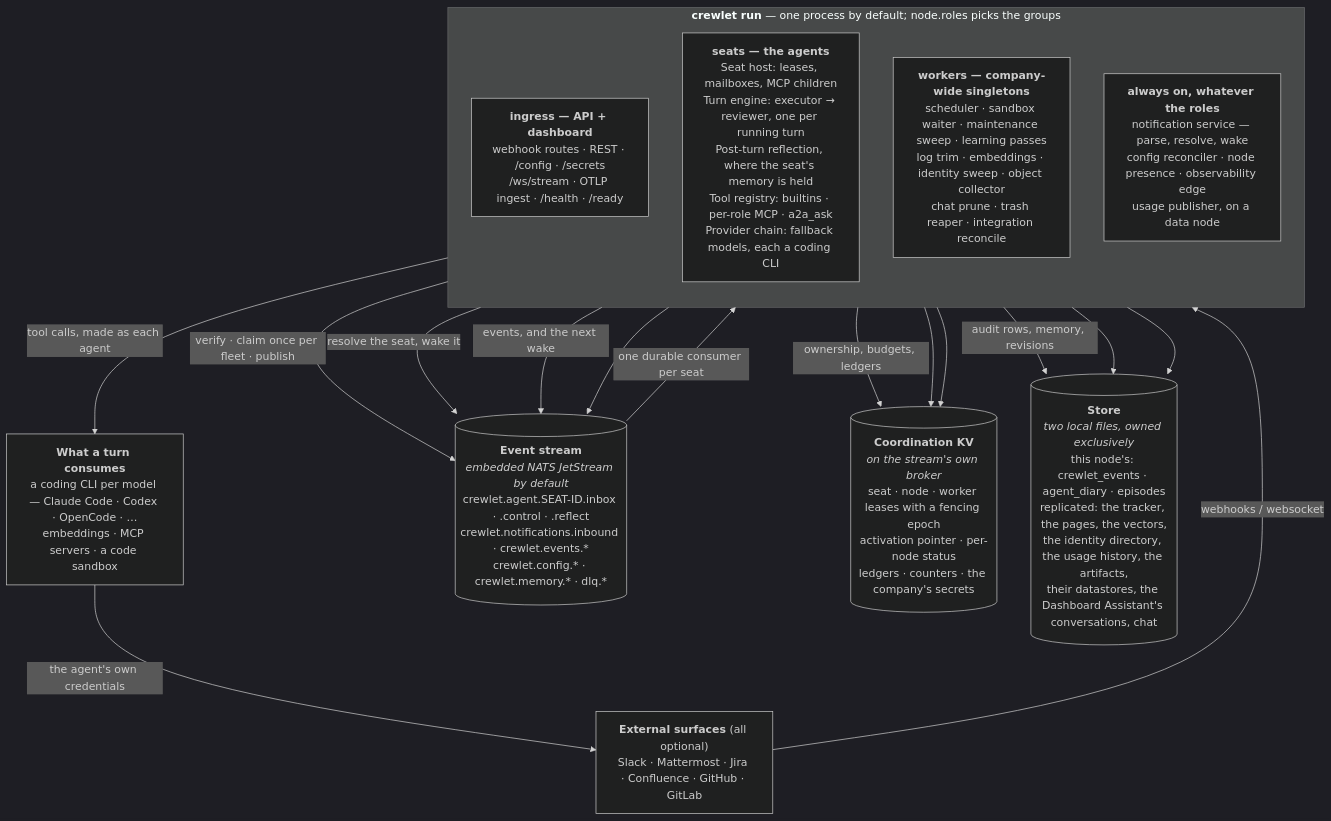
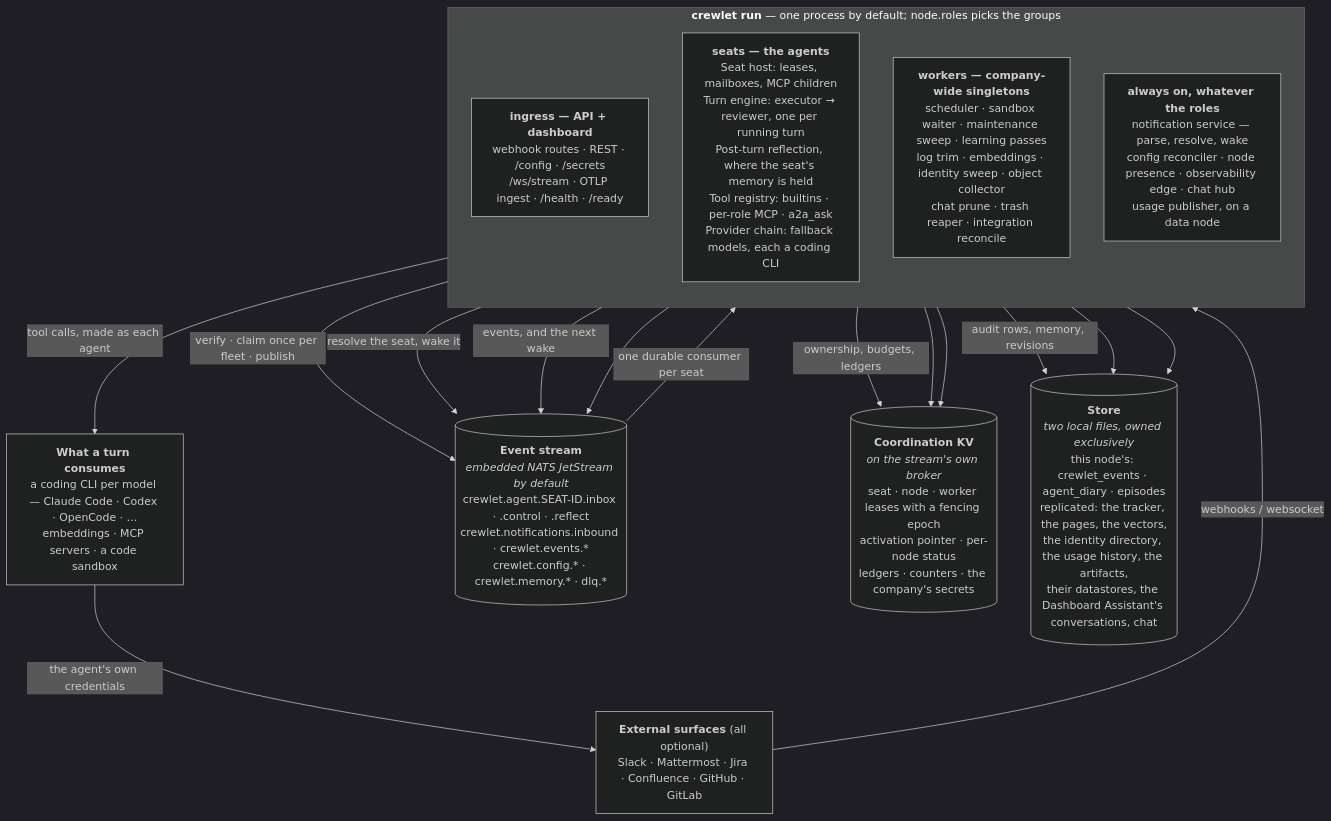
The diagram in docs/concepts/overview.md (crewlet/crewlet), drawn with Mermaid (dark theme) before and after one commit. The commit also changed other lines of this file and 41 other files, not shown here.

````diff
--- a/docs/concepts/overview.md
+++ b/docs/concepts/overview.md
@@ -56,32 +56,32 @@
 ```mermaid
 flowchart TB
     EXT["<b>External surfaces</b> (all optional)<br/>Slack · Mattermost · Jira · Confluence · GitHub · GitLab"]
     SUPPLY["<b>What a turn consumes</b><br/>a coding CLI per model — Claude Code · Codex · OpenCode · …<br/>embeddings · MCP servers · a code sandbox"]
 
     subgraph proc["<b>crewlet run</b> — one process by default; node.roles picks the groups"]
         direction TB
         API["<b>ingress — API + dashboard</b><br/>webhook routes · REST · /config · /secrets<br/>/ws/stream · OTLP ingest · /health · /ready"]
         SEAT["<b>seats — the agents</b><br/>Seat host: leases, mailboxes, MCP children<br/>Turn engine: executor → reviewer, one per running turn<br/>Post-turn reflection, where the seat's memory is held<br/>Tool registry: builtins · per-role MCP · a2a_ask<br/>Provider chain: fallback models, each a coding CLI"]
         DUTY["<b>workers — company-wide singletons</b><br/>scheduler · sandbox waiter · maintenance sweep · learning passes<br/>log trim · embeddings · identity sweep · object collector<br/>chat prune · trash reaper · integration reconcile"]
-        CORE["<b>always on, whatever the roles</b><br/>notification service — parse, resolve, wake<br/>config reconciler · node presence · observability edge<br/>usage publisher, on a data node"]
+        CORE["<b>always on, whatever the roles</b><br/>notification service — parse, resolve, wake<br/>config reconciler · node presence · observability edge · chat hub<br/>usage publisher, on a data node"]
     end
 
     STREAM[("<b>Event stream</b><br/><i>embedded NATS JetStream by default</i><br/>crewlet.agent.SEAT-ID.inbox · .control · .reflect<br/>crewlet.notifications.inbound · crewlet.events.*<br/>crewlet.config.* · crewlet.memory.* · dlq.*")]
     KV[("<b>Coordination KV</b><br/><i>on the stream's own broker</i><br/>seat · node · worker leases with a fencing epoch<br/>activation pointer · per-node status<br/>ledgers · counters · the company's secrets")]
     DB[("<b>Store</b><br/><i>two local files, owned exclusively</i><br/>this node's: crewlet_events · agent_diary · episodes<br/>replicated: the tracker, the pages, the vectors,<br/>the identity directory, the usage history, the artifacts,<br/>their datastores, the Dashboard Assistant's conversations, chat")]
 
     EXT -->|"webhooks / websocket"| API
     API -->|"verify · claim once per fleet · publish"| STREAM
     CORE -->|"resolve the seat, wake it"| STREAM
     STREAM -->|"one durable consumer per seat"| SEAT
     SEAT -->|"tool calls, made as each agent"| SUPPLY
     SUPPLY -->|"the agent's own credentials"| EXT
     SEAT -->|"events, and the next wake"| STREAM
     DUTY --> STREAM
     SEAT -->|"ownership, budgets, ledgers"| KV
     CORE --> KV
     DUTY --> KV
     SEAT -->|"audit rows, memory, revisions"| DB
     CORE --> DB
     API --> DB
 ```
````
